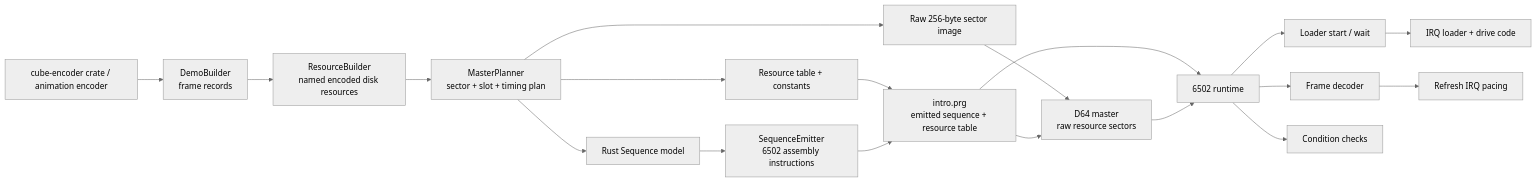
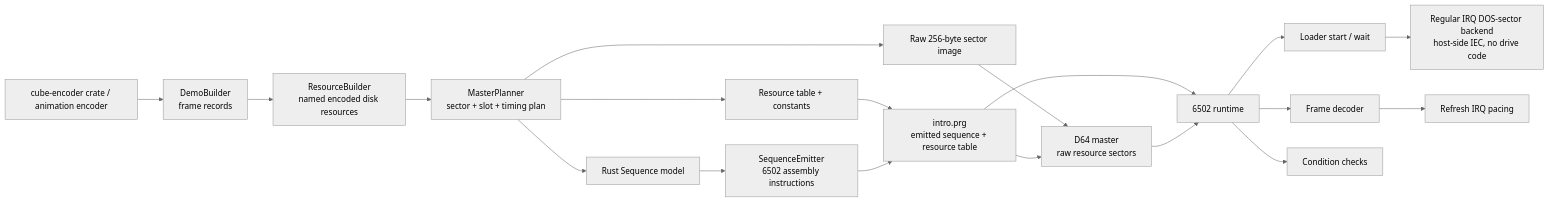
One commit to jeroenbakker-atmind/c64-assembly-collection changed the diagram in .designs/scripted-sequence.md. Above: the diagram before and after it, drawn with Mermaid (neutral theme). The commit also changed other lines of this file and 8 other files, not shown here.

Commit message:
Implement regular IRQ DOS-sector loader backend

````diff
--- a/.designs/scripted-sequence.md
+++ b/.designs/scripted-sequence.md
@@ -137,23 +139,23 @@
 ```mermaid
 flowchart LR
     A[cube-encoder crate / animation encoder] --> B[DemoBuilder<br/>frame records]
     B --> C[ResourceBuilder<br/>named encoded disk resources]
     C --> D[MasterPlanner<br/>sector + slot + timing plan]
     D --> E[Resource table + constants]
     D --> F[Raw 256-byte sector image]
     D --> S[Rust Sequence model]
     S --> T[SequenceEmitter<br/>6502 assembly instructions]
 
     E --> G[intro.prg<br/>emitted sequence + resource table]
     T --> G
     F --> H[D64 master<br/>raw resource sectors]
     G --> H
 
     G --> I[6502 runtime]
     H --> I
     I --> J[Loader start / wait]
     I --> K[Frame decoder]
     I --> L[Condition checks]
     K --> M[Refresh IRQ pacing]
-    J --> N[IRQ loader + drive code]
+    J --> N[Regular IRQ DOS-sector backend<br/>host-side IEC, no drive code]
 ```
````
